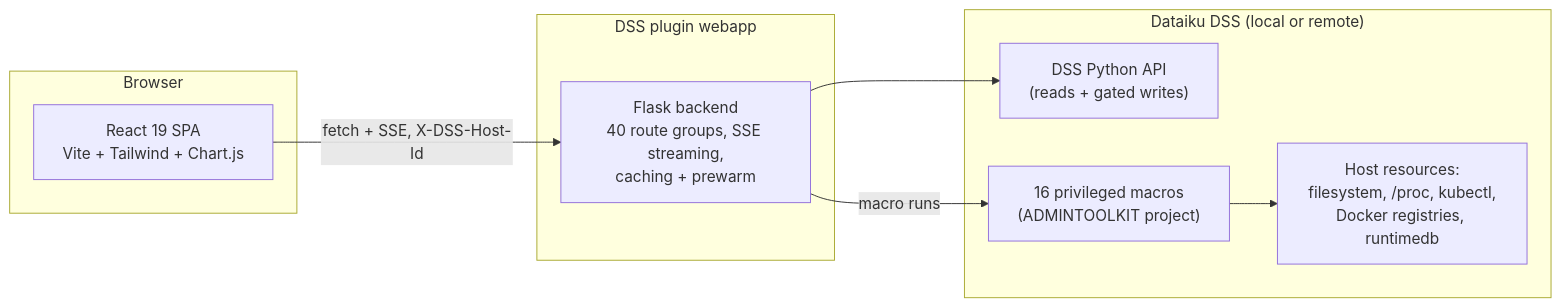
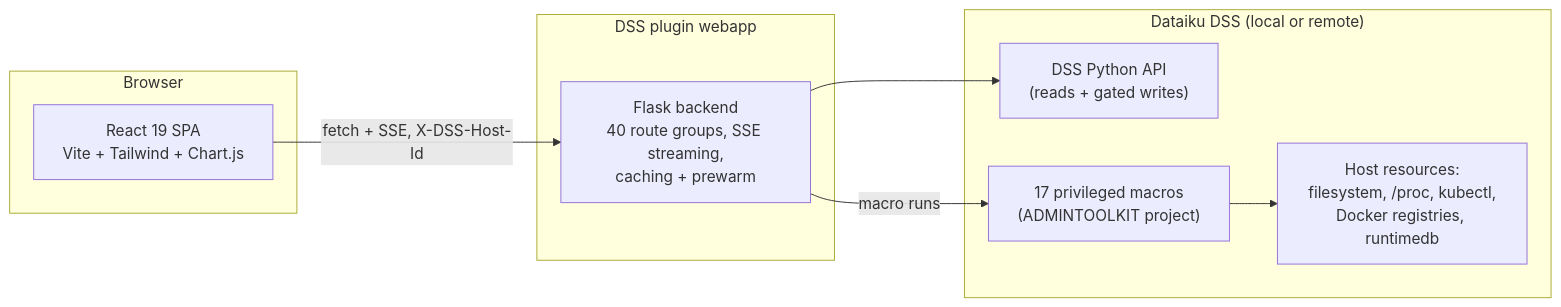
One commit to gozu/admin-toolkit changed the diagram in README.md. Above: the diagram before and after it, drawn with Mermaid. The commit also changed other lines of this file and 9 other files, not shown here.

````diff
--- a/README.md
+++ b/README.md
@@ -159,18 +159,18 @@
 ```mermaid
 flowchart LR
     subgraph Browser
         SPA["React 19 SPA<br/>Vite + Tailwind + Chart.js"]
     end
     subgraph Webapp["DSS plugin webapp"]
         API["Flask backend<br/>40 route groups, SSE streaming,<br/>caching + prewarm"]
     end
     subgraph DSS["Dataiku DSS (local or remote)"]
         PYAPI["DSS Python API<br/>(reads + gated writes)"]
-        MACROS["16 privileged macros<br/>(ADMINTOOLKIT project)"]
+        MACROS["17 privileged macros<br/>(ADMINTOOLKIT project)"]
         HOST["Host resources:<br/>filesystem, /proc, kubectl,<br/>Docker registries, runtimedb"]
     end
     SPA -->|"fetch + SSE, X-DSS-Host-Id"| API
     API --> PYAPI
     API -->|macro runs| MACROS
     MACROS --> HOST
 ```
````
